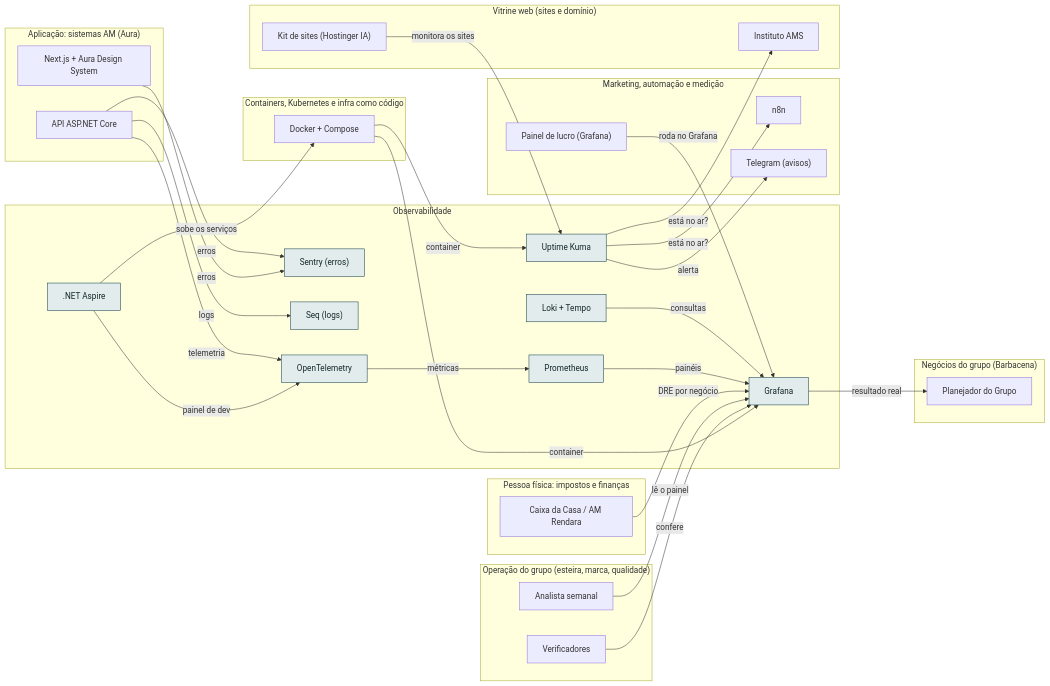
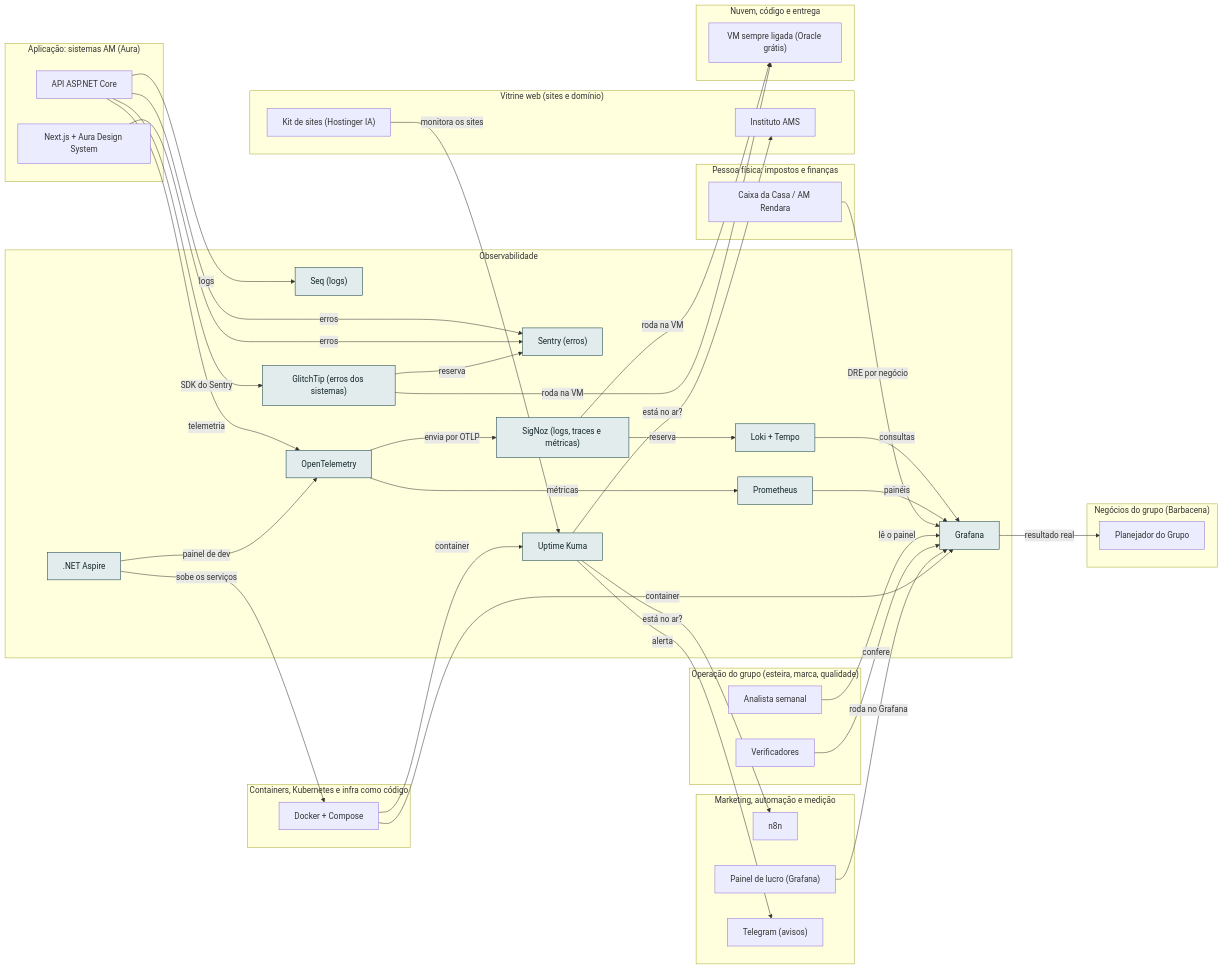
The diagram in docs/camadas/10-obs.md (AlanMateus17/dev-setup), drawn with Mermaid before and after one commit. The commit also changed other lines of this file and 85 other files, not shown here.

````diff
--- a/docs/camadas/10-obs.md
+++ b/docs/camadas/10-obs.md
@@ -14,61 +14,72 @@
 ```mermaid
 flowchart LR
   subgraph L_obs["Observabilidade"]
     n_sentry["Sentry (erros)"]
     n_kuma["Uptime Kuma"]
     n_seq["Seq (logs)"]
     n_loki["Loki + Tempo"]
     n_otel["OpenTelemetry"]
     n_prom["Prometheus"]
     n_graf["Grafana"]
     n_aspire[".NET Aspire"]
+    n_signoz["SigNoz (logs, traces e métricas)"]
+    n_glitchtip["GlitchTip (erros dos sistemas)"]
   end
   subgraph L_oper["Operação do grupo (esteira, marca, qualidade)"]
     n_oanal["Analista semanal"]
     n_overif["Verificadores"]
   end
   subgraph L_mkt["Marketing, automação e medição"]
     n_n8n["n8n"]
     n_painel["Painel de lucro (Grafana)"]
     n_tg["Telegram (avisos)"]
   end
   subgraph L_emp["Pessoa física: impostos e finanças"]
     n_caixa["Caixa da Casa / AM Rendara"]
   end
   subgraph L_web["Vitrine web (sites e domínio)"]
     n_inst["Instituto AMS"]
     n_kitsites["Kit de sites (Hostinger IA)"]
   end
   subgraph L_neg["Negócios do grupo (Barbacena)"]
     n_nplan["Planejador do Grupo"]
   end
+  subgraph L_nuvem["Nuvem, código e entrega"]
+    n_vm247["VM sempre ligada (Oracle grátis)"]
+  end
   subgraph L_app["Aplicação: sistemas AM (Aura)"]
     n_api["API ASP.NET Core"]
     n_front["Next.js + Aura Design System"]
   end
   subgraph L_cnt["Containers, Kubernetes e infra como código"]
     n_docker["Docker + Compose"]
   end
   n_api -->|"erros"| n_sentry
   n_front -->|"erros"| n_sentry
+  n_glitchtip -->|"reserva"| n_sentry
   n_kuma -->|"está no ar?"| n_inst
   n_kuma -->|"alerta"| n_tg
   n_kuma -->|"está no ar?"| n_n8n
   n_docker -->|"container"| n_kuma
   n_kitsites -->|"monitora os sites"| n_kuma
   n_api -->|"logs"| n_seq
   n_loki -->|"consultas"| n_graf
+  n_signoz -->|"reserva"| n_loki
   n_otel -->|"métricas"| n_prom
+  n_otel -->|"envia por OTLP"| n_signoz
   n_api -->|"telemetria"| n_otel
   n_aspire -->|"painel de dev"| n_otel
   n_prom -->|"painéis"| n_graf
   n_graf -->|"resultado real"| n_nplan
   n_caixa -->|"DRE por negócio"| n_graf
   n_oanal -->|"lê o painel"| n_graf
   n_overif -->|"confere"| n_graf
   n_painel -->|"roda no Grafana"| n_graf
   n_docker -->|"container"| n_graf
   n_aspire -->|"sobe os serviços"| n_docker
+  n_signoz -->|"roda na VM"| n_vm247
+  n_glitchtip -->|"roda na VM"| n_vm247
+  n_api -->|"SDK do Sentry"| n_glitchtip
   classDef desta fill:#e2ecec,stroke:#0e3a45,color:#13262b
-  class n_sentry,n_kuma,n_seq,n_loki,n_otel,n_prom,n_graf,n_aspire desta
+  class n_sentry,n_kuma,n_seq,n_loki,n_otel,n_prom,n_graf,n_aspire,n_signoz,n_glitchtip desta
 ```
````
